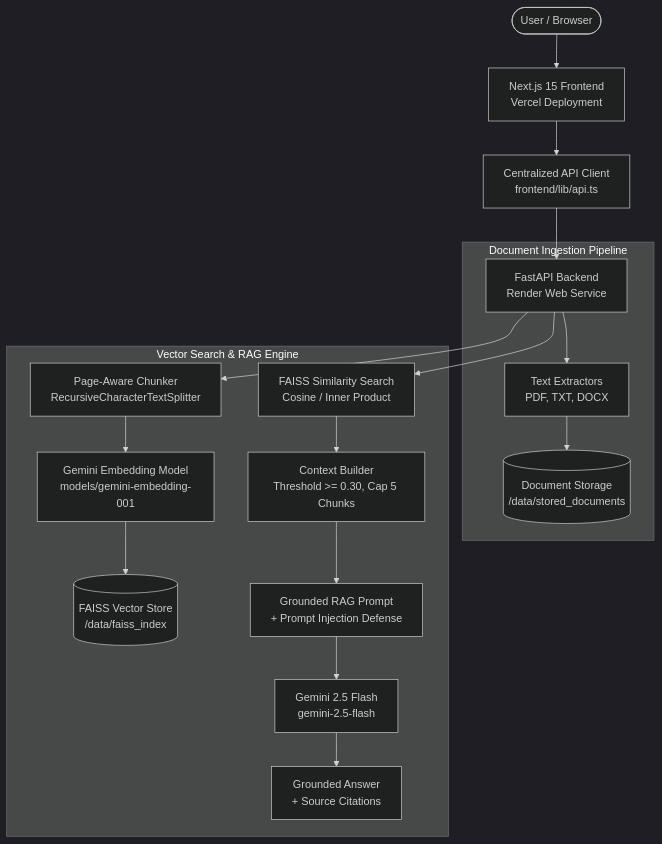
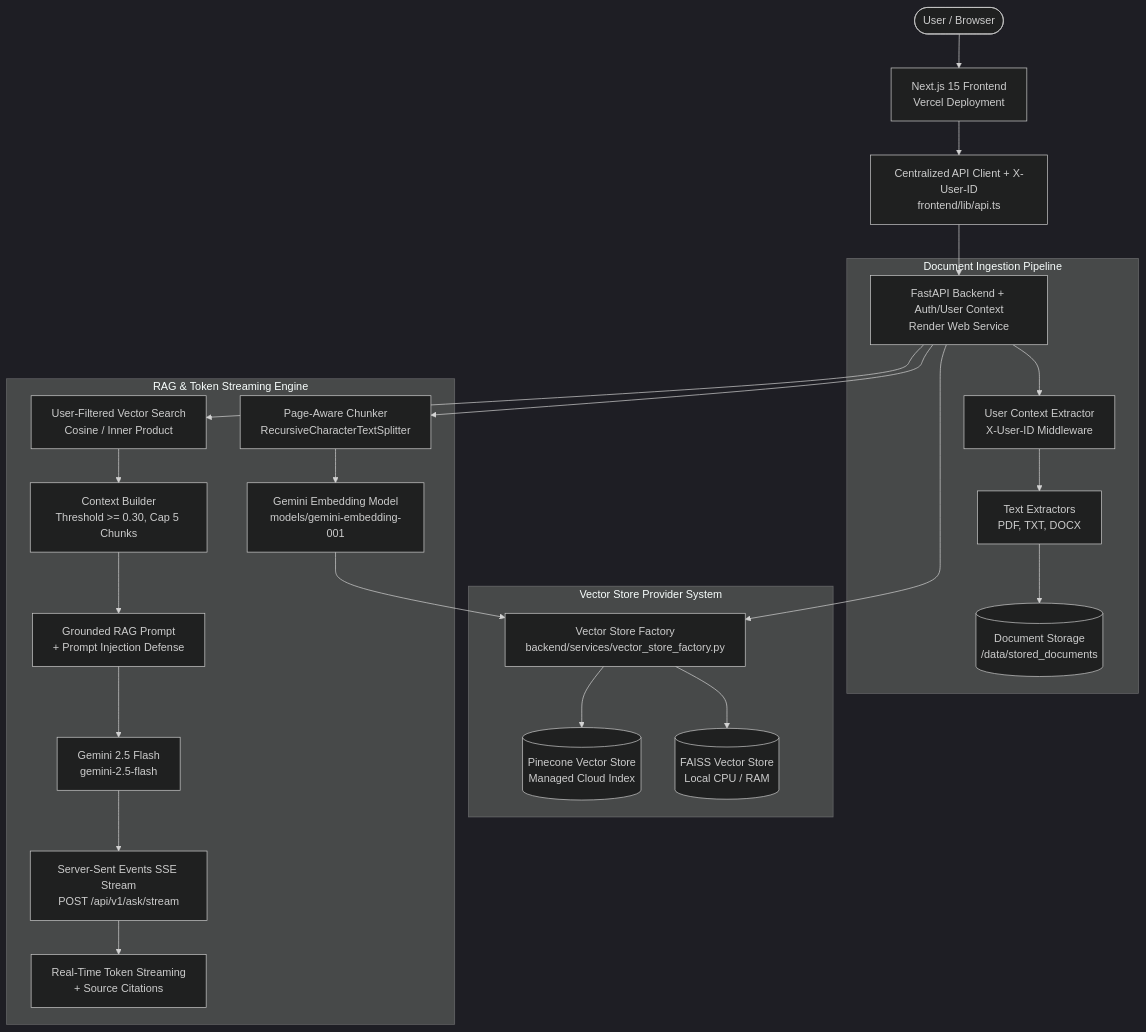
One commit to Ganu39/NexusAI changed the diagram in README.md. Above: the diagram before and after it, drawn with Mermaid (dark theme). The commit also changed other lines of this file and 1 other file, not shown here.

Commit message:
docs(readme): update README and PROJECT_STATE with Phase 5 completion, User ID Workspace Isolation, and Security & Privacy Architecture Report

````diff
--- a/README.md
+++ b/README.md
@@ -32,23 +78,31 @@
 ```mermaid
 flowchart TD
     User([User / Browser]) --> Frontend[Next.js 15 Frontend\nVercel Deployment]
-    Frontend --> Client[Centralized API Client\nfrontend/lib/api.ts]
-    Client --> API[FastAPI Backend\nRender Web Service]
+    Frontend --> Client[Centralized API Client + X-User-ID\nfrontend/lib/api.ts]
+    Client --> API[FastAPI Backend + Auth/User Context\nRender Web Service]
 
     subgraph Document Ingestion Pipeline
-        API --> Extractor[Text Extractors\nPDF, TXT, DOCX]
+        API --> UserContext[User Context Extractor\nX-User-ID Middleware]
+        UserContext --> Extractor[Text Extractors\nPDF, TXT, DOCX]
         Extractor --> DocStore[(Document Storage\n/data/stored_documents)]
     end
 
-    subgraph Vector Search & RAG Engine
+    subgraph Vector Store Provider System
+        API --> VectorFactory[Vector Store Factory\nbackend/services/vector_store_factory.py]
+        VectorFactory --> FAISS[(FAISS Vector Store\nLocal CPU / RAM)]
+        VectorFactory --> Pinecone[(Pinecone Vector Store\nManaged Cloud Index)]
+    end
+
+    subgraph RAG & Token Streaming Engine
         API --> Chunker[Page-Aware Chunker\nRecursiveCharacterTextSplitter]
         Chunker --> Embedder[Gemini Embedding Model\nmodels/gemini-embedding-001]
-        Embedder --> FAISS[(FAISS Vector Store\n/data/faiss_index)]
+        Embedder --> VectorFactory
         
-        API --> Search[FAISS Similarity Search\nCosine / Inner Product]
+        API --> Search[User-Filtered Vector Search\nCosine / Inner Product]
         Search --> ContextBuilder[Context Builder\nThreshold >= 0.30, Cap 5 Chunks]
         ContextBuilder --> GroundedPrompt[Grounded RAG Prompt\n+ Prompt Injection Defense]
         GroundedPrompt --> LLMProvider[Gemini 2.5 Flash\ngemini-2.5-flash]
-        LLMProvider --> Answer[Grounded Answer\n+ Source Citations]
+        LLMProvider --> SSEStream[Server-Sent Events SSE Stream\nPOST /api/v1/ask/stream]
+        SSEStream --> Answer[Real-Time Token Streaming\n+ Source Citations]
     end
 ```
````
